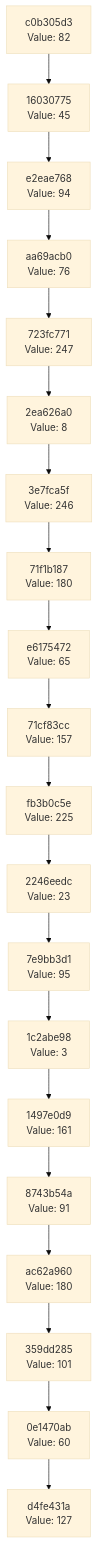
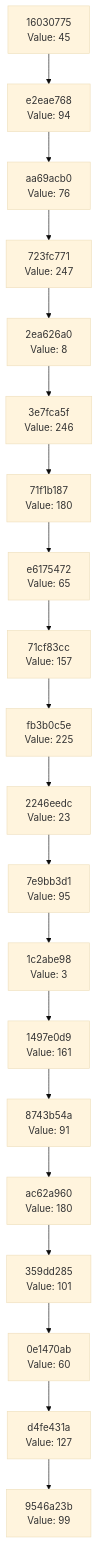
The diagram in docs/CHAIN_VISUALIZATION.md (Abhisheksinha1506/hash-chain-evolver), drawn with Mermaid (base theme) before and after one commit. The commit also changed 2 other files, not shown here.

Commit message:
Evolution step: hash 0x63 → action executed

````diff
--- a/docs/CHAIN_VISUALIZATION.md
+++ b/docs/CHAIN_VISUALIZATION.md
@@ -3,42 +3,42 @@
 ```mermaid
 graph TD
-    C0["d4fe431a<br/>Value: 127"]
-    C1["0e1470ab<br/>Value: 60"]
+    C0["9546a23b<br/>Value: 99"]
+    C1["d4fe431a<br/>Value: 127"]
     C1 --> C0
-    C2["359dd285<br/>Value: 101"]
+    C2["0e1470ab<br/>Value: 60"]
     C2 --> C1
-    C3["ac62a960<br/>Value: 180"]
+    C3["359dd285<br/>Value: 101"]
     C3 --> C2
-    C4["8743b54a<br/>Value: 91"]
+    C4["ac62a960<br/>Value: 180"]
     C4 --> C3
-    C5["1497e0d9<br/>Value: 161"]
+    C5["8743b54a<br/>Value: 91"]
     C5 --> C4
-    C6["1c2abe98<br/>Value: 3"]
+    C6["1497e0d9<br/>Value: 161"]
     C6 --> C5
-    C7["7e9bb3d1<br/>Value: 95"]
+    C7["1c2abe98<br/>Value: 3"]
     C7 --> C6
-    C8["2246eedc<br/>Value: 23"]
+    C8["7e9bb3d1<br/>Value: 95"]
     C8 --> C7
-    C9["fb3b0c5e<br/>Value: 225"]
+    C9["2246eedc<br/>Value: 23"]
     C9 --> C8
-    C10["71cf83cc<br/>Value: 157"]
+    C10["fb3b0c5e<br/>Value: 225"]
     C10 --> C9
-    C11["e6175472<br/>Value: 65"]
+    C11["71cf83cc<br/>Value: 157"]
     C11 --> C10
-    C12["71f1b187<br/>Value: 180"]
+    C12["e6175472<br/>Value: 65"]
     C12 --> C11
-    C13["3e7fca5f<br/>Value: 246"]
+    C13["71f1b187<br/>Value: 180"]
     C13 --> C12
-    C14["2ea626a0<br/>Value: 8"]
+    C14["3e7fca5f<br/>Value: 246"]
     C14 --> C13
-    C15["723fc771<br/>Value: 247"]
+    C15["2ea626a0<br/>Value: 8"]
     C15 --> C14
-    C16["aa69acb0<br/>Value: 76"]
+    C16["723fc771<br/>Value: 247"]
     C16 --> C15
-    C17["e2eae768<br/>Value: 94"]
+    C17["aa69acb0<br/>Value: 76"]
     C17 --> C16
-    C18["16030775<br/>Value: 45"]
+    C18["e2eae768<br/>Value: 94"]
     C18 --> C17
-    C19["c0b305d3<br/>Value: 82"]
+    C19["16030775<br/>Value: 45"]
     C19 --> C18
 ```
````
